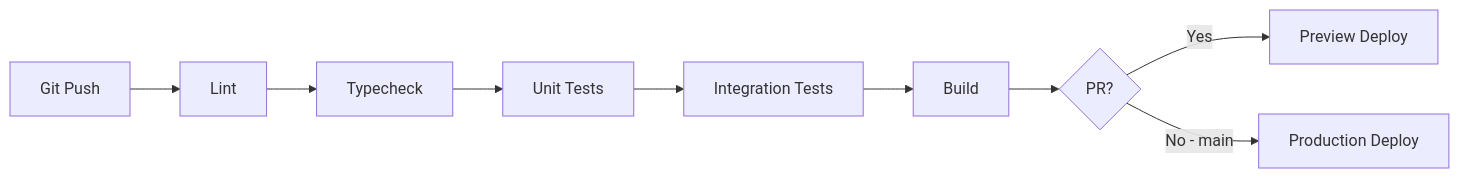
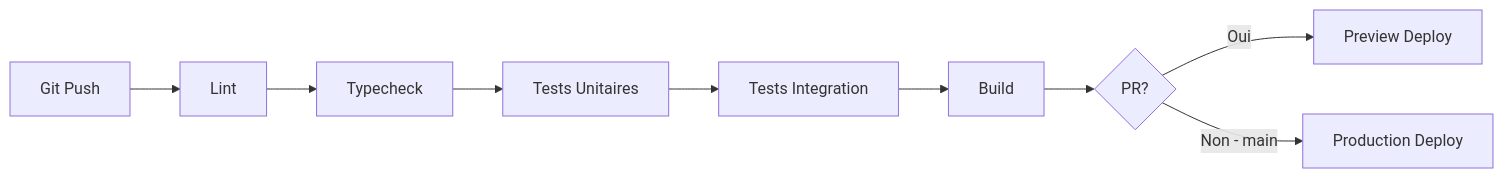
One commit to tahaaze/thiqti changed the diagram in docs/architecture/testing.md. Above: the diagram before and after it, drawn with Mermaid. The commit also changed other lines of this file and 12 other files, not shown here.

First line of the commit message:
test: add NLP, sources and API service unit tests

````diff
--- a/docs/architecture/testing.md
+++ b/docs/architecture/testing.md
@@ -207,11 +145,11 @@
 ```mermaid
 graph LR
     A[Git Push] --> B[Lint]
     B --> C[Typecheck]
-    C --> D[Unit Tests]
-    D --> E[Integration Tests]
+    C --> D[Tests Unitaires]
+    D --> E[Tests Integration]
     E --> F[Build]
     F --> G{PR?}
-    G -->|Yes| H[Preview Deploy]
-    G -->|No - main| I[Production Deploy]
+    G -->|Oui| H[Preview Deploy]
+    G -->|Non - main| I[Production Deploy]
 ```
````
